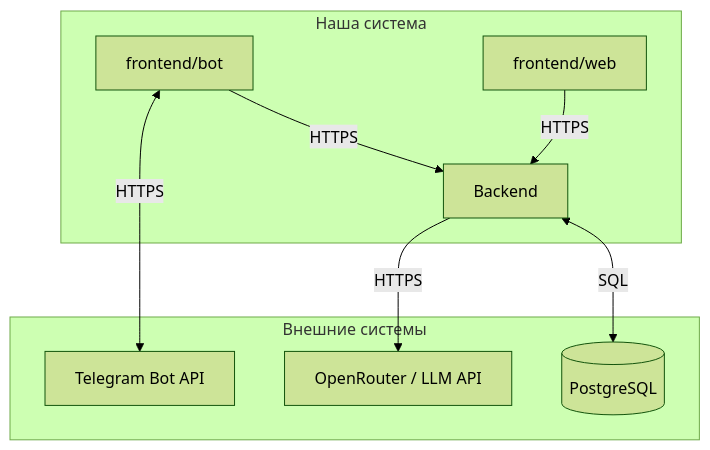
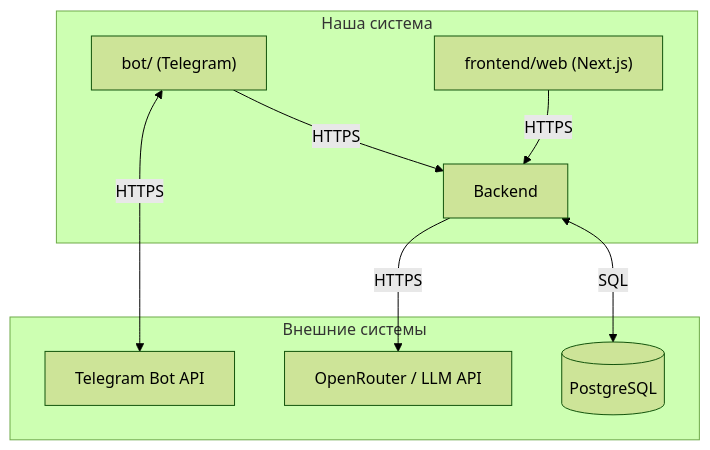
The diagram in docs/integrations.md (apfisenko/llmstart-fullstack-live), drawn with Mermaid (forest theme) before and after one commit. The commit also changed 30 other files, not shown here.

````diff
--- a/docs/integrations.md
+++ b/docs/integrations.md
@@ -16,18 +16,18 @@
 ```mermaid
 flowchart TB
   subgraph ext["Внешние системы"]
     TG["Telegram Bot API"]
     LLM["OpenRouter / LLM API"]
     DB[("PostgreSQL")]
   end
   subgraph ours["Наша система"]
     BE["Backend"]
-    BOT["frontend/bot"]
-    WEB["frontend/web"]
+    BOT["bot/ (Telegram)"]
+    WEB["frontend/web (Next.js)"]
   end
   BOT <-->|HTTPS| TG
   WEB -->|HTTPS| BE
   BOT -->|HTTPS| BE
   BE -->|HTTPS| LLM
   BE <-->|SQL| DB
 ```
````
